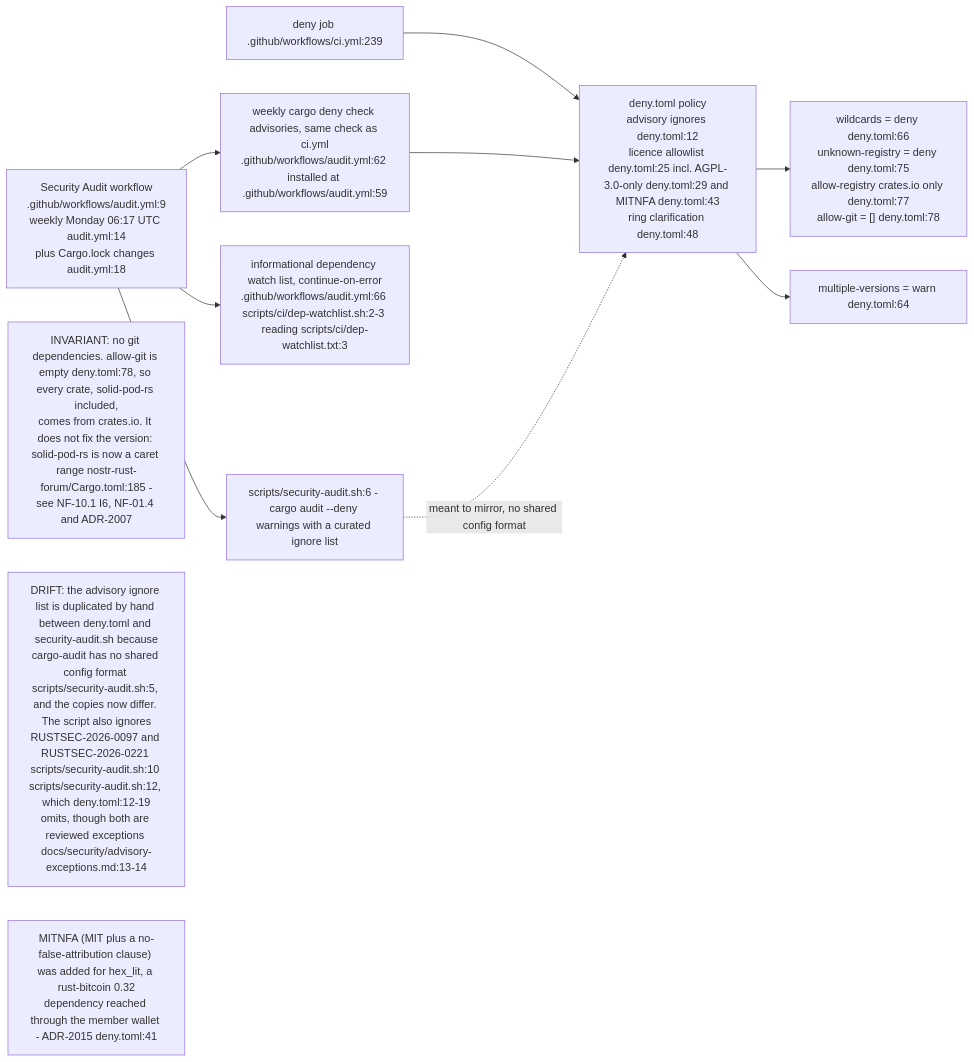
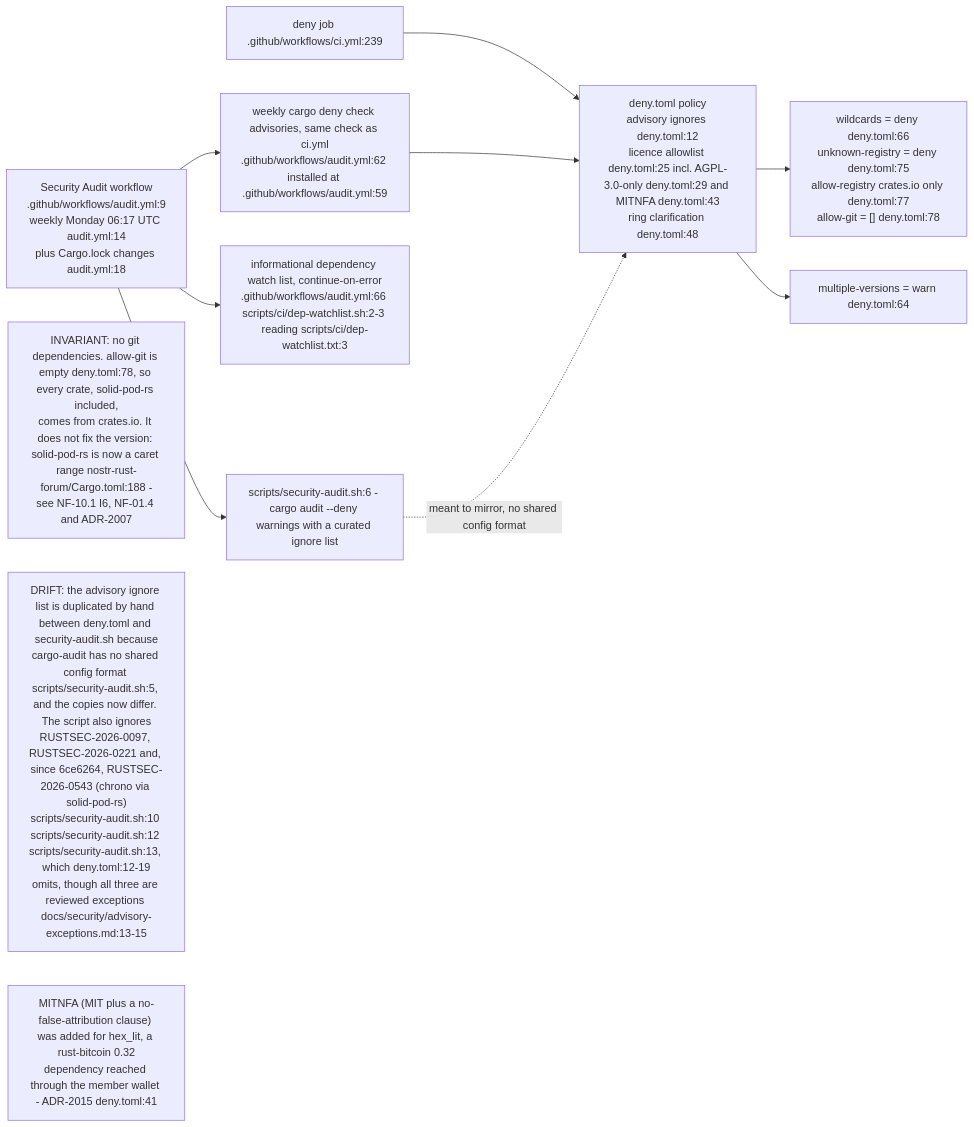
One commit to DreamLab-AI/VisionFlow changed the second of 9 diagrams in docs/diagrams/nostr-rust-forum/09-ci-deploy-canary-and-validation.md. Above: the diagram before and after it, drawn with Mermaid. The commit also changed other lines of this file, not shown here.

Commit message:
docs(diagrams): NF-09 re-verified at nostr-rust-forum af4f0d5 (chrono exception, group_pubkey validation)

````diff
--- a/docs/diagrams/nostr-rust-forum/09-ci-deploy-canary-and-validation.md
+++ b/docs/diagrams/nostr-rust-forum/09-ci-deploy-canary-and-validation.md
@@ -81,22 +81,22 @@
 ```mermaid
 flowchart LR
     DENYJ["deny job .github/workflows/ci.yml:239"]
     AUD["Security Audit workflow<br/>.github/workflows/audit.yml:9<br/>weekly Monday 06:17 UTC audit.yml:14<br/>plus Cargo.lock changes audit.yml:18"]
     AUDD["weekly cargo deny check advisories, same check as ci.yml<br/>.github/workflows/audit.yml:62 installed at .github/workflows/audit.yml:59"]
     DEPW["informational dependency watch list, continue-on-error<br/>.github/workflows/audit.yml:66 scripts/ci/dep-watchlist.sh:2-3 reading scripts/ci/dep-watchlist.txt:3"]
     SH["scripts/security-audit.sh:6 - cargo audit --deny warnings with a curated ignore list"]
     POL["deny.toml policy<br/>advisory ignores deny.toml:12<br/>licence allowlist deny.toml:25 incl. AGPL-3.0-only deny.toml:29 and MITNFA deny.toml:43<br/>ring clarification deny.toml:48"]
     HARD["wildcards = deny deny.toml:66<br/>unknown-registry = deny deny.toml:75<br/>allow-registry crates.io only deny.toml:77<br/>allow-git = [] deny.toml:78"]
     SOFT["multiple-versions = warn deny.toml:64"]
 
     DENYJ --> POL --> HARD
     POL --> SOFT
     AUD --> SH
     AUD --> AUDD --> POL
     AUD --> DEPW
     SH -.->|"meant to mirror, no shared config format"| POL
 
-    N1["INVARIANT: no git dependencies. allow-git is empty deny.toml:78, so every crate, solid-pod-rs included,<br/>comes from crates.io. It does not fix the version: solid-pod-rs is now a caret range nostr-rust-forum/Cargo.toml:185 -<br/>see NF-10.1 I6, NF-01.4 and ADR-2007"]
-    N2["DRIFT: the advisory ignore list is duplicated by hand between deny.toml and security-audit.sh because<br/>cargo-audit has no shared config format scripts/security-audit.sh:5, and the copies now differ. The script also ignores<br/>RUSTSEC-2026-0097 and RUSTSEC-2026-0221 scripts/security-audit.sh:10 scripts/security-audit.sh:12, which deny.toml:12-19<br/>omits, though both are reviewed exceptions docs/security/advisory-exceptions.md:13-14"]
+    N1["INVARIANT: no git dependencies. allow-git is empty deny.toml:78, so every crate, solid-pod-rs included,<br/>comes from crates.io. It does not fix the version: solid-pod-rs is now a caret range nostr-rust-forum/Cargo.toml:188 -<br/>see NF-10.1 I6, NF-01.4 and ADR-2007"]
+    N2["DRIFT: the advisory ignore list is duplicated by hand between deny.toml and security-audit.sh because<br/>cargo-audit has no shared config format scripts/security-audit.sh:5, and the copies now differ. The script also ignores<br/>RUSTSEC-2026-0097, RUSTSEC-2026-0221 and, since 6ce6264, RUSTSEC-2026-0543 (chrono via solid-pod-rs)<br/>scripts/security-audit.sh:10 scripts/security-audit.sh:12 scripts/security-audit.sh:13, which deny.toml:12-19<br/>omits, though all three are reviewed exceptions docs/security/advisory-exceptions.md:13-15"]
     N3["MITNFA (MIT plus a no-false-attribution clause) was added for hex_lit, a rust-bitcoin 0.32<br/>dependency reached through the member wallet - ADR-2015 deny.toml:41"]
 ```
````
